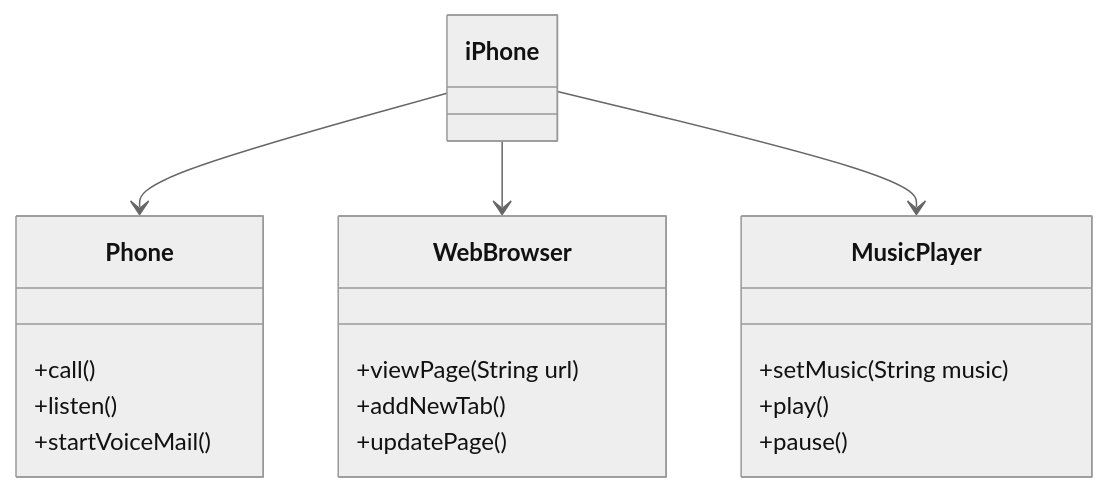
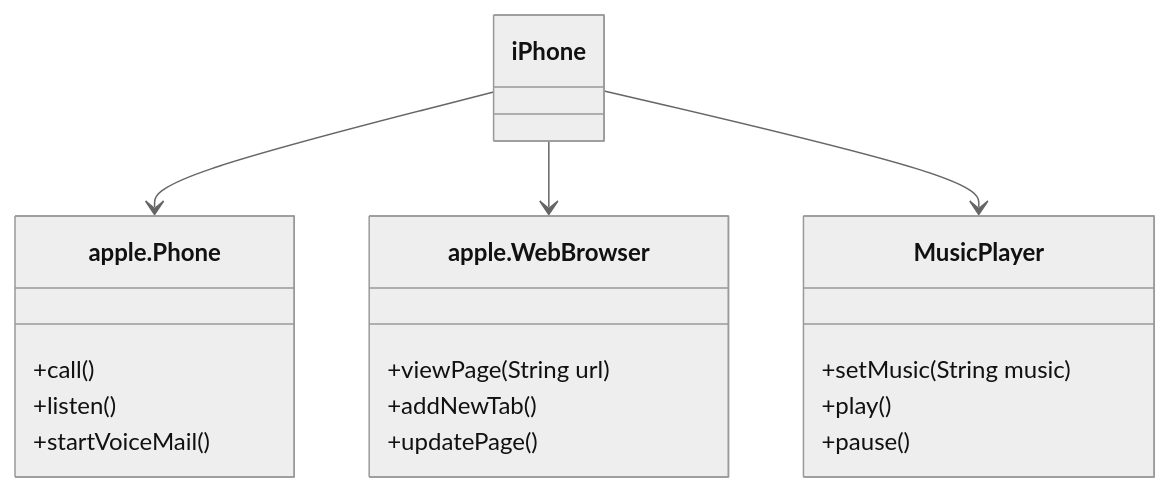
The diagram in README.md (jmsmarcelo/iphone-modeling-diagram), drawn with Mermaid (neutral theme) before and after one commit. The commit also changed 11 other files, not shown here.

````diff
--- a/README.md
+++ b/README.md
@@ -15,24 +15,24 @@
 ```mermaid
 classDiagram
   class iPhone {
   }
-  class Phone {
+  class apple.Phone {
     +call()
     +listen()
     +startVoiceMail()
   }
-  class WebBrowser {
+  class apple.WebBrowser {
     +viewPage(String url)
     +addNewTab()
     +updatePage()
   }
   class MusicPlayer {
     +setMusic(String music)
     +play()
     +pause()
   }
 
-  iPhone --> Phone
-  iPhone --> WebBrowser
+  iPhone --> apple.Phone
+  iPhone --> apple.WebBrowser
   iPhone --> MusicPlayer
 ```
````
